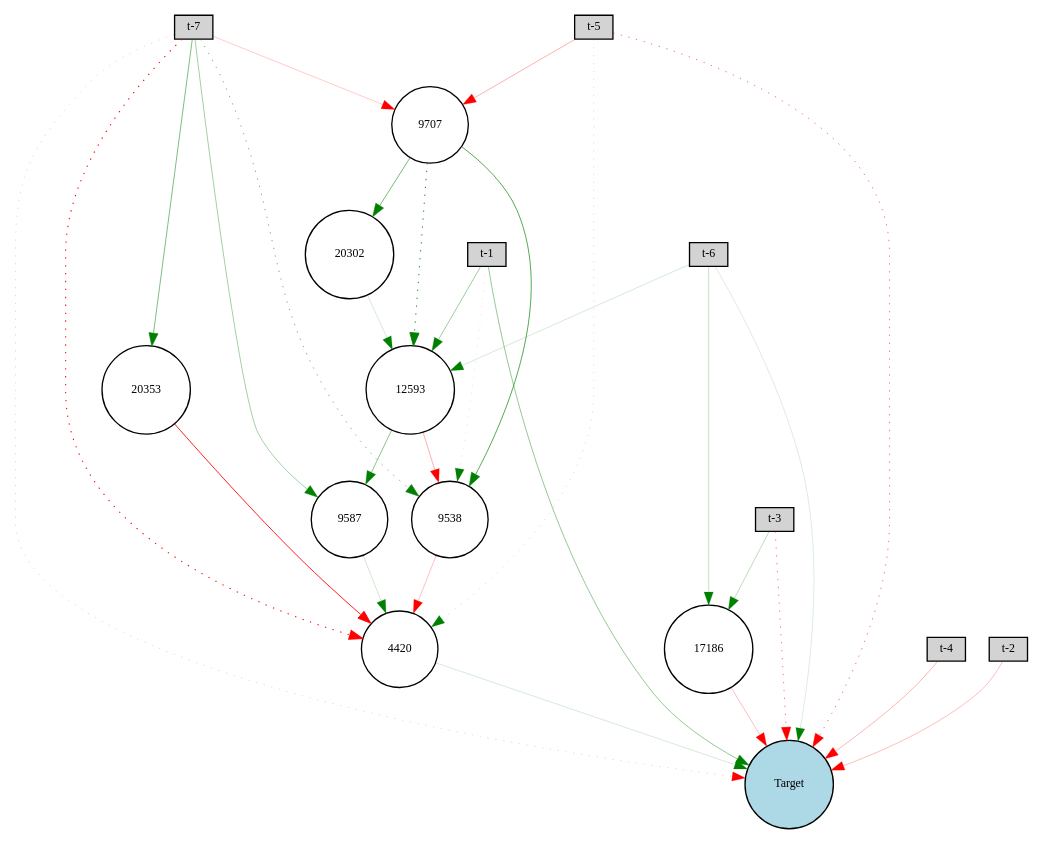
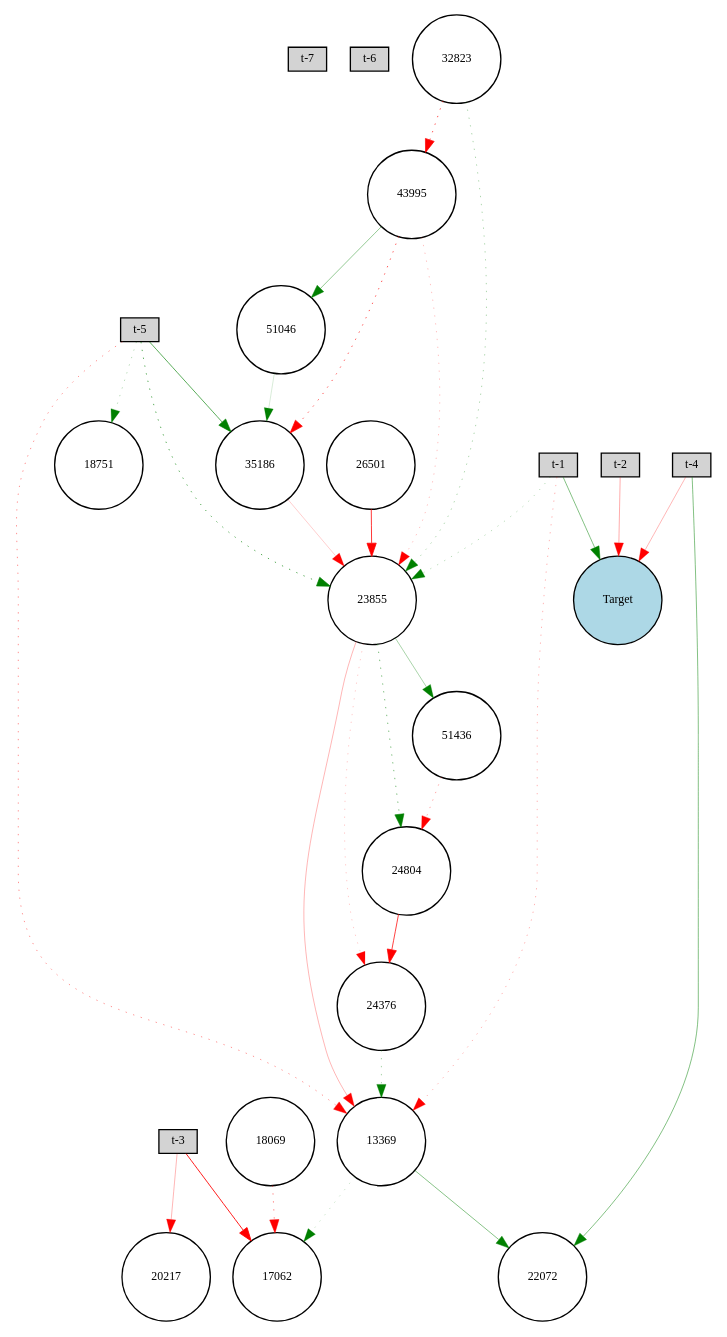
The diagram in lynx/Digraph.gv (lafengxiaoyu/ENN), drawn with Graphviz before and after one commit. The commit also changed 5 other files, not shown here.

```diff
--- a/lynx/Digraph.gv
+++ b/lynx/Digraph.gv
@@ -1,49 +1,56 @@
 digraph {
 	node [fontsize=9 height=0.2 shape=circle width=0.2]
 	"t-7" [fillcolor=lightgray shape=box style=filled]
 	"t-6" [fillcolor=lightgray shape=box style=filled]
 	"t-5" [fillcolor=lightgray shape=box style=filled]
 	"t-4" [fillcolor=lightgray shape=box style=filled]
 	"t-3" [fillcolor=lightgray shape=box style=filled]
 	"t-2" [fillcolor=lightgray shape=box style=filled]
 	"t-1" [fillcolor=lightgray shape=box style=filled]
 	Target [fillcolor=lightblue style=filled]
-	20353 [fillcolor=white style=filled]
-	9538 [fillcolor=white style=filled]
-	17186 [fillcolor=white style=filled]
-	4420 [fillcolor=white style=filled]
-	9707 [fillcolor=white style=filled]
-	20302 [fillcolor=white style=filled]
-	12593 [fillcolor=white style=filled]
-	9587 [fillcolor=white style=filled]
-	"t-7" -> Target [color=red penwidth=0.15335081230521597 style=dotted]
-	"t-6" -> Target [color=green penwidth=0.10511467314766254 style=solid]
-	"t-5" -> Target [color=red penwidth=0.4309912663426029 style=dotted]
-	"t-4" -> Target [color=red penwidth=0.229806642521264 style=solid]
-	"t-3" -> Target [color=red penwidth=0.42030487061378696 style=dotted]
-	"t-2" -> Target [color=red penwidth=0.20490392630042087 style=solid]
-	"t-1" -> Target [color=green penwidth=0.3231599814494664 style=solid]
-	"t-7" -> 4420 [color=red penwidth=0.8141312107964532 style=dotted]
-	4420 -> Target [color=green penwidth=0.1255613545328522 style=solid]
-	"t-5" -> 4420 [color=green penwidth=0.15116885977816585 style=dotted]
-	"t-7" -> 9538 [color=green penwidth=0.42401618884667824 style=dotted]
-	9538 -> 4420 [color=red penwidth=0.18821645949422106 style=solid]
-	"t-1" -> 9538 [color=green penwidth=0.10109983883715691 style=dotted]
-	"t-7" -> 9587 [color=green penwidth=0.282143513814176 style=solid]
-	9587 -> 4420 [color=green penwidth=0.1548524504554475 style=solid]
-	"t-7" -> 9707 [color=red penwidth=0.15910315338758552 style=solid]
-	9707 -> 9538 [color=green penwidth=0.508834580637469 style=solid]
-	"t-5" -> 9707 [color=red penwidth=0.24289395083803408 style=solid]
-	9707 -> 12593 [color=green penwidth=0.677897322821171 style=dotted]
-	12593 -> 9538 [color=red penwidth=0.2378589267745694 style=solid]
-	"t-6" -> 12593 [color=green penwidth=0.13411567750082762 style=solid]
-	"t-6" -> 17186 [color=green penwidth=0.1820173676828653 style=solid]
-	17186 -> Target [color=red penwidth=0.19710026294786884 style=solid]
-	9707 -> 20302 [color=green penwidth=0.41124865498435614 style=solid]
-	20302 -> 12593 [color=green penwidth=0.13374511037681325 style=solid]
-	"t-1" -> 12593 [color=green penwidth=0.295809210169223 style=solid]
-	"t-7" -> 20353 [color=green penwidth=0.3896903336478609 style=solid]
-	20353 -> 4420 [color=red penwidth=0.6622638928314385 style=solid]
-	12593 -> 9587 [color=green penwidth=0.34862247709935623 style=solid]
-	"t-3" -> 17186 [color=green penwidth=0.2059293541353696 style=solid]
+	24804 [fillcolor=white style=filled]
+	26501 [fillcolor=white style=filled]
+	17062 [fillcolor=white style=filled]
+	51046 [fillcolor=white style=filled]
+	51436 [fillcolor=white style=filled]
+	23855 [fillcolor=white style=filled]
+	24376 [fillcolor=white style=filled]
+	35186 [fillcolor=white style=filled]
+	18069 [fillcolor=white style=filled]
+	20217 [fillcolor=white style=filled]
+	32823 [fillcolor=white style=filled]
+	22072 [fillcolor=white style=filled]
+	13369 [fillcolor=white style=filled]
+	43995 [fillcolor=white style=filled]
+	18751 [fillcolor=white style=filled]
+	"t-4" -> Target [color=red penwidth=0.22404873132706882 style=solid]
+	"t-2" -> Target [color=red penwidth=0.25291164620707585 style=solid]
+	"t-1" -> Target [color=green penwidth=0.37452266152777947 style=solid]
+	"t-5" -> 13369 [color=red penwidth=0.3278703690392598 style=dotted]
+	"t-1" -> 13369 [color=red penwidth=0.22804167734254452 style=dotted]
+	"t-3" -> 17062 [color=red penwidth=0.6718676706294825 style=solid]
+	18069 -> 17062 [color=red penwidth=0.38029820220632116 style=dotted]
+	"t-5" -> 18751 [color=green penwidth=0.22184765648042284 style=dotted]
+	13369 -> 22072 [color=green penwidth=0.35925984909634956 style=solid]
+	"t-4" -> 22072 [color=green penwidth=0.36937792815987636 style=solid]
+	"t-5" -> 23855 [color=green penwidth=0.49785064457758477 style=dotted]
+	23855 -> 13369 [color=red penwidth=0.2174428498267481 style=solid]
+	13369 -> 17062 [color=green penwidth=0.1703521454341912 style=dotted]
+	23855 -> 24376 [color=red penwidth=0.15888574312452067 style=dotted]
+	24376 -> 13369 [color=green penwidth=0.2693826892136644 style=dotted]
+	"t-1" -> 23855 [color=green penwidth=0.2052174094856667 style=dotted]
+	23855 -> 24804 [color=green penwidth=0.3980018664534085 style=dotted]
+	24804 -> 24376 [color=red penwidth=0.562906663937707 style=solid]
+	26501 -> 23855 [color=red penwidth=0.5851426183044903 style=solid]
+	32823 -> 23855 [color=green penwidth=0.2465215775335221 style=dotted]
+	"t-5" -> 35186 [color=green penwidth=0.488529102871869 style=solid]
+	35186 -> 23855 [color=red penwidth=0.15301227606888235 style=solid]
+	"t-3" -> 20217 [color=red penwidth=0.21766355445682561 style=solid]
+	32823 -> 43995 [color=red penwidth=0.5192429350400991 style=dotted]
+	43995 -> 23855 [color=red penwidth=0.1921165306115942 style=dotted]
+	43995 -> 35186 [color=red penwidth=0.5059187886204446 style=dotted]
+	43995 -> 51046 [color=green penwidth=0.3225698813248592 style=solid]
+	51046 -> 35186 [color=green penwidth=0.11942530775240096 style=solid]
+	23855 -> 51436 [color=green penwidth=0.26323856923309297 style=solid]
+	51436 -> 24804 [color=red penwidth=0.27443993384290194 style=dotted]
 }
```
